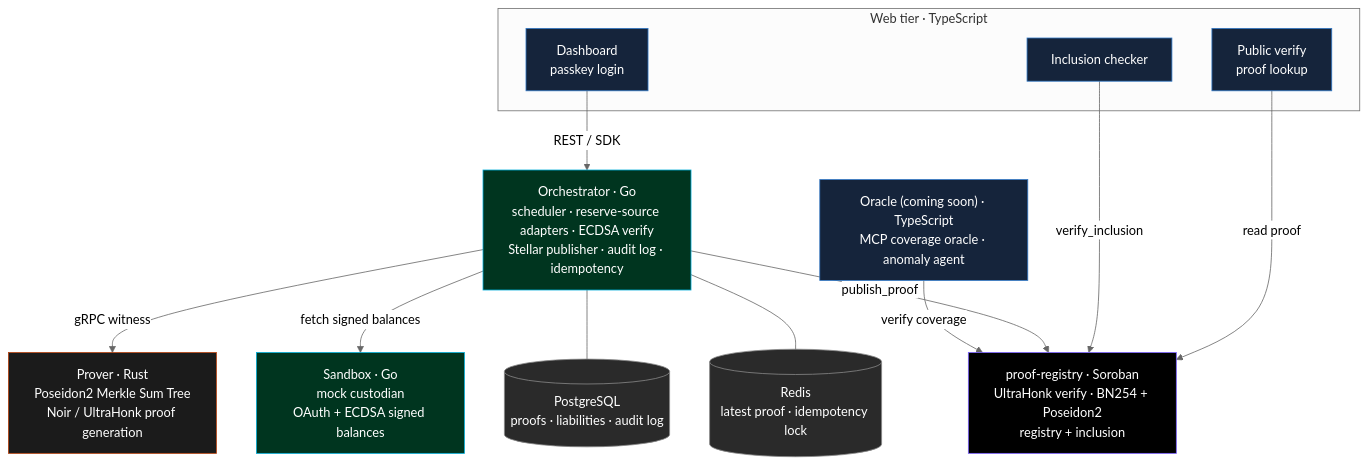
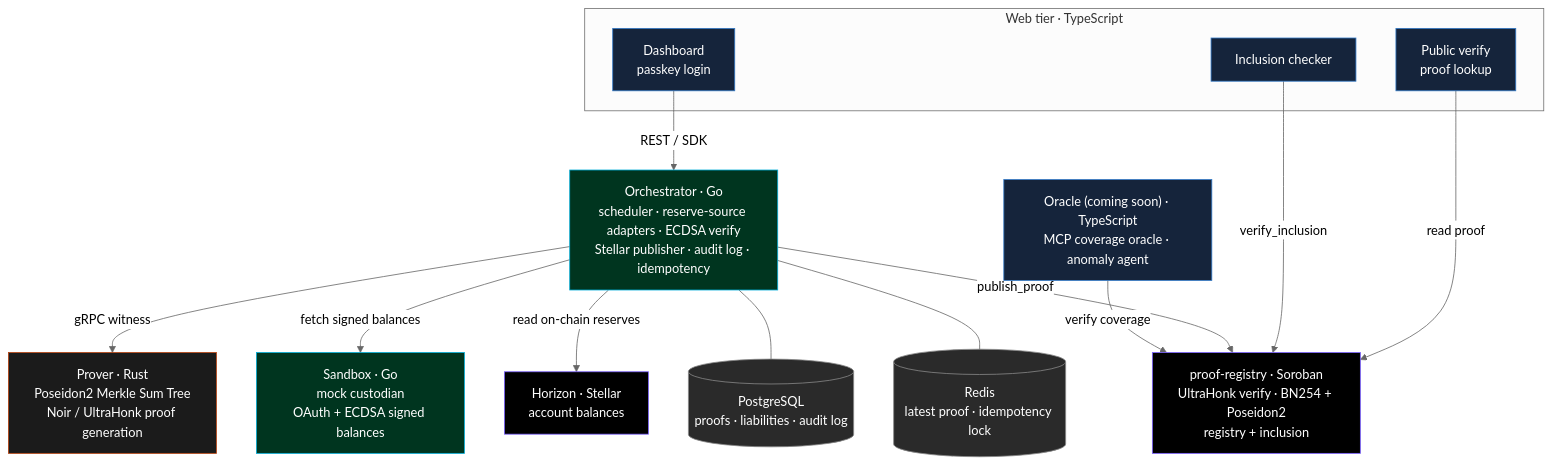
One commit to jes-labs/solva changed the diagram in README.md. Above: the diagram before and after it, drawn with Mermaid (neutral theme). The commit also changed other lines of this file and 74 other files, not shown here.

````diff
--- a/README.md
+++ b/README.md
@@ -52,41 +52,43 @@
 ```mermaid
 flowchart TB
     subgraph WEB["Web tier · TypeScript"]
         DASH["Dashboard<br/>passkey login"]
         PUB["Public verify<br/>proof lookup"]
         INC["Inclusion checker"]
     end
 
     ORCH["Orchestrator · Go<br/>scheduler · reserve-source adapters · ECDSA verify<br/>Stellar publisher · audit log · idempotency"]
 
     PROVER["Prover · Rust<br/>Poseidon2 Merkle Sum Tree<br/>Noir / UltraHonk proof generation"]
     SANDBOX["Sandbox · Go<br/>mock custodian<br/>OAuth + ECDSA signed balances"]
+    HORIZON["Horizon · Stellar<br/>account balances"]
     CONTRACT["proof-registry · Soroban<br/>UltraHonk verify · BN254 + Poseidon2<br/>registry + inclusion"]
     ORACLE["Oracle (coming soon) · TypeScript<br/>MCP coverage oracle · anomaly agent"]
 
     PG[("PostgreSQL<br/>proofs · liabilities · audit log")]
     REDIS[("Redis<br/>latest proof · idempotency lock")]
 
     DASH -->|REST / SDK| ORCH
     PUB -->|read proof| CONTRACT
     INC -->|verify_inclusion| CONTRACT
 
     ORCH -->|gRPC witness| PROVER
     ORCH -->|fetch signed balances| SANDBOX
+    ORCH -->|read on-chain reserves| HORIZON
     ORCH -->|publish_proof| CONTRACT
     ORCH --- PG
     ORCH --- REDIS
     ORACLE -->|verify coverage| CONTRACT
 
     classDef rust fill:#1b1b1b,stroke:#b7410e,color:#fff;
     classDef go fill:#00351f,stroke:#00ADD8,color:#fff;
     classDef ts fill:#15243b,stroke:#3178C6,color:#fff;
     classDef chain fill:#000,stroke:#7b61ff,color:#fff;
     classDef data fill:#2a2a2a,stroke:#888,color:#fff;
 
     class PROVER rust;
     class ORCH,SANDBOX go;
     class DASH,PUB,INC,ORACLE ts;
-    class CONTRACT chain;
+    class CONTRACT,HORIZON chain;
     class PG,REDIS data;
 ```
````
